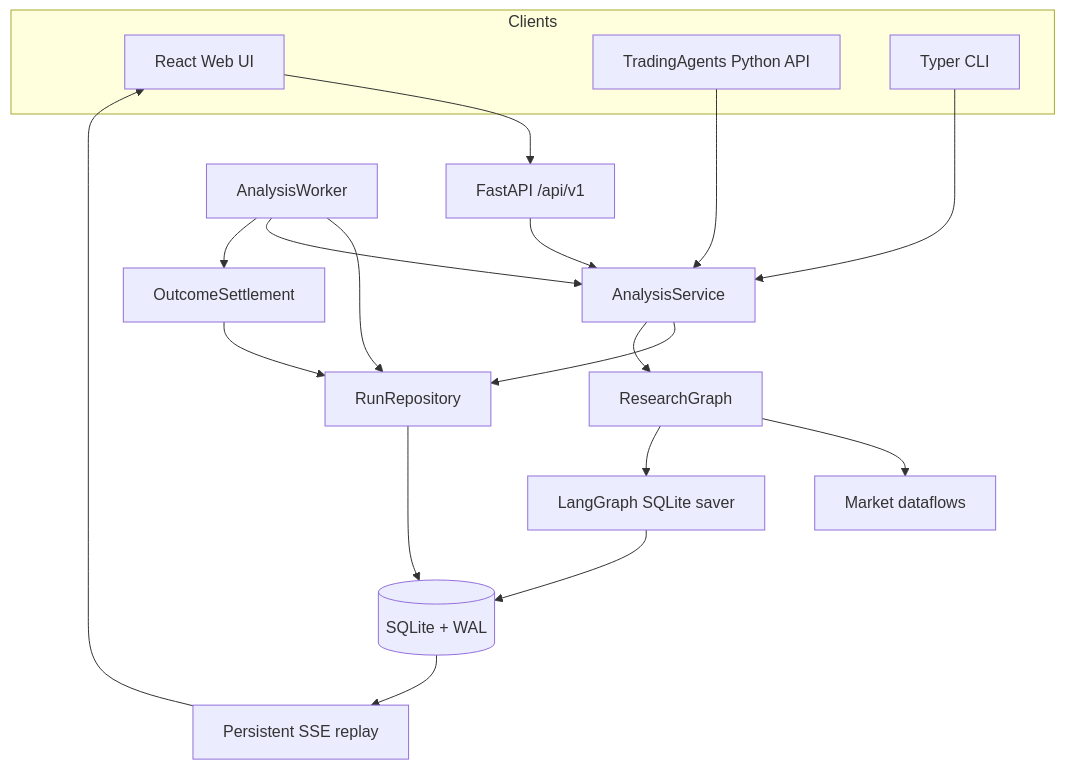
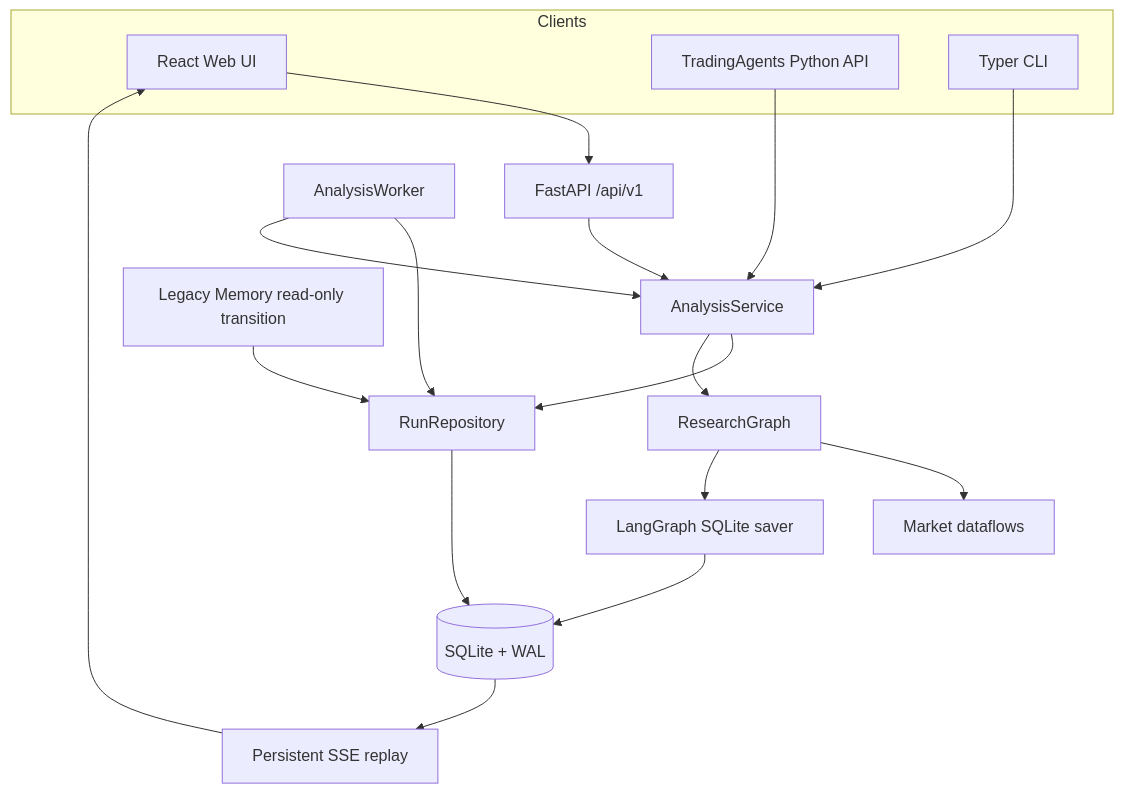
Before and after one commit to qingchiang/trading-agents-x: the first of 2 diagrams in docs/architecture.md, drawn with Mermaid. The commit also changed other lines of this file and 22 other files, not shown here.

First line of the commit message:
fix(research): decouple full runs from legacy memory

````diff
--- a/docs/architecture.md
+++ b/docs/architecture.md
@@ -25,25 +25,24 @@
 ```mermaid
 flowchart TB
     subgraph Clients
         WEB["React Web UI"]
         PY["TradingAgents Python API"]
         CLI["Typer CLI"]
     end
 
     WEB --> HTTP["FastAPI /api/v1"]
     HTTP --> SERVICE["AnalysisService"]
     PY --> SERVICE
     CLI --> SERVICE
     SERVICE --> REPO["RunRepository"]
     REPO --> DB[("SQLite + WAL")]
     WORKER["AnalysisWorker"] --> REPO
     WORKER --> SERVICE
     SERVICE --> GRAPH["ResearchGraph"]
     GRAPH --> DATA["Market dataflows"]
     GRAPH --> CHECKPOINT["LangGraph SQLite saver"]
     CHECKPOINT --> DB
-    SETTLE["OutcomeSettlement"] --> REPO
-    WORKER --> SETTLE
+    LEGACY["Legacy Memory read-only transition"] --> REPO
     DB --> SSE["Persistent SSE replay"]
     SSE --> WEB
 ```
````
